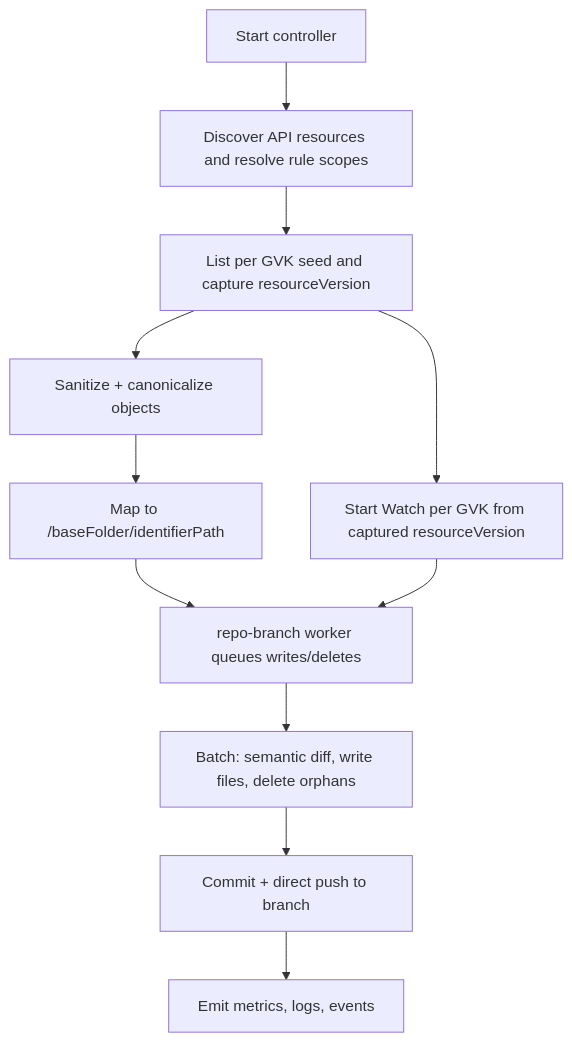
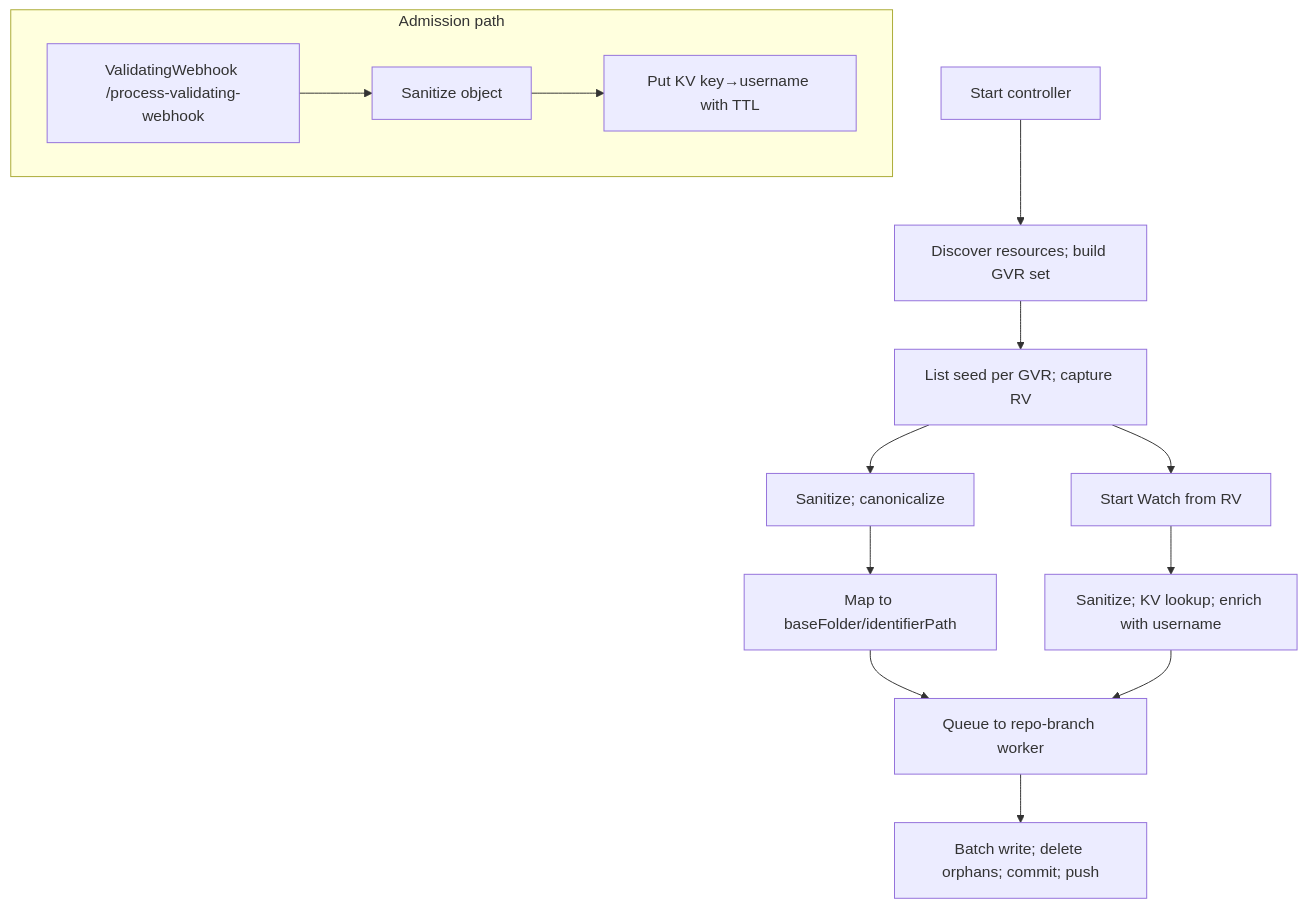
The diagram in docs/cluster-source-of-truth-plan.md (ConfigButler/gitops-reverser), drawn with Mermaid before and after one commit. The commit also changed other lines of this file and 1 other file, not shown here.

````diff
--- a/docs/cluster-source-of-truth-plan.md
+++ b/docs/cluster-source-of-truth-plan.md
@@ -47,13 +38,17 @@
 ```mermaid
 flowchart TD
-  A[Start controller] --> B[Discover API resources and resolve rule scopes]
-  B --> C[List per GVK seed and capture resourceVersion]
-  C --> D[Sanitize + canonicalize objects]
-  D --> E[Map to /baseFolder/identifierPath]
-  E --> F[repo-branch worker queues writes/deletes]
-  F --> G[Batch: semantic diff, write files, delete orphans]
-  G --> H[Commit + direct push to branch]
-  C --> I[Start Watch per GVK from captured resourceVersion]
+  A[Start controller] --> B[Discover resources; build GVR set]
+  B --> C[List seed per GVR; capture RV]
+  C --> D[Sanitize; canonicalize]
+  D --> E[Map to baseFolder/identifierPath]
+  E --> F[Queue to repo-branch worker]
+  F --> G[Batch write; delete orphans; commit; push]
+  C --> H[Start Watch from RV]
+  H --> I[Sanitize; KV lookup; enrich with username]
   I --> F
-  H --> J[Emit metrics, logs, events]
+
+  subgraph Admission path
+    W[ValidatingWebhook /process-validating-webhook] --> X[Sanitize object]
+    X --> Y[Put KV key→username with TTL]
+  end
 ```
````
